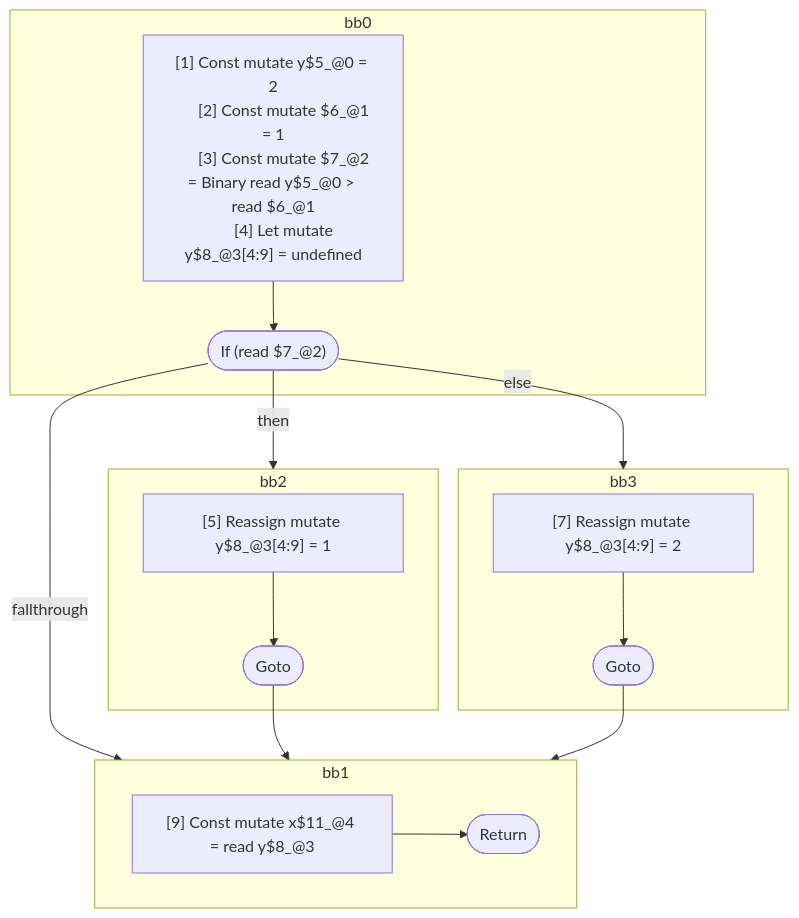
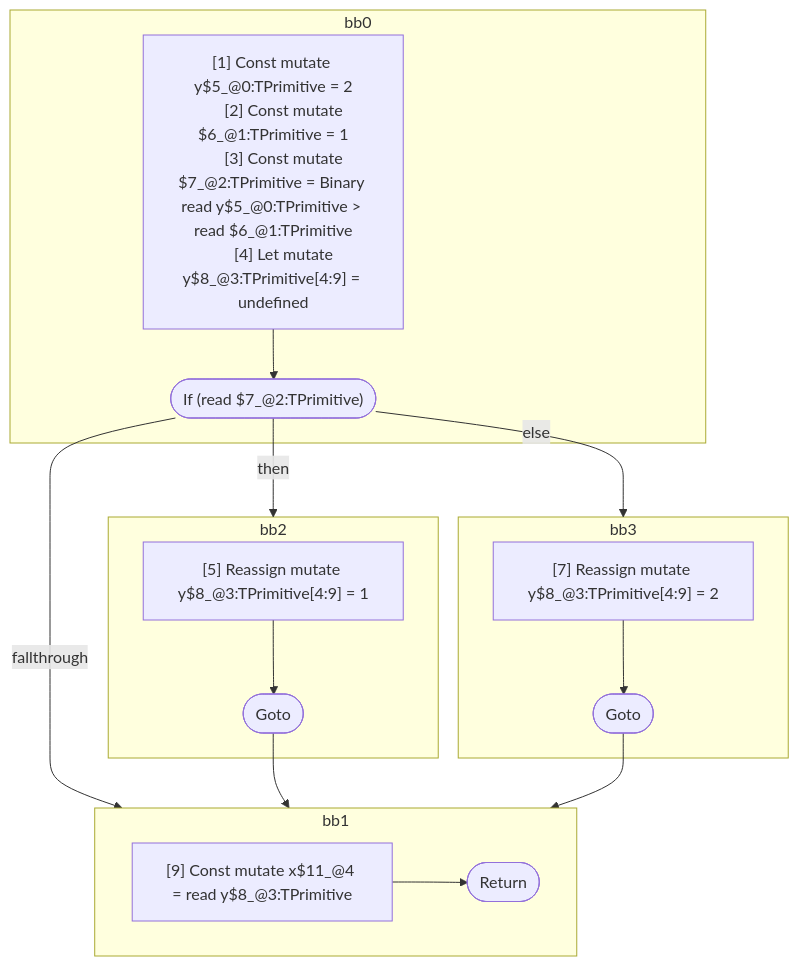
Before and after one commit to wutsmog/private: the diagram in compiler/forget/src/__tests__/fixtures/hir/ssa-simple-phi.expect.md, drawn with Mermaid. The commit also changed other lines of this file and 112 other files, not shown here.

````diff
--- a/compiler/forget/src/__tests__/fixtures/hir/ssa-simple-phi.expect.md
+++ b/compiler/forget/src/__tests__/fixtures/hir/ssa-simple-phi.expect.md
@@ -73,39 +73,39 @@
 ```mermaid
 flowchart TB
   %% Basic Blocks
   subgraph bb0
     bb0_instrs["
-      [1] Const mutate y$5_@0 = 2
-      [2] Const mutate $6_@1 = 1
-      [3] Const mutate $7_@2 = Binary read y$5_@0 > read $6_@1
-      [4] Let mutate y$8_@3[4:9] = undefined
+      [1] Const mutate y$5_@0:TPrimitive = 2
+      [2] Const mutate $6_@1:TPrimitive = 1
+      [3] Const mutate $7_@2:TPrimitive = Binary read y$5_@0:TPrimitive > read $6_@1:TPrimitive
+      [4] Let mutate y$8_@3:TPrimitive[4:9] = undefined
     "]
-    bb0_instrs --> bb0_terminal(["If (read $7_@2)"])
+    bb0_instrs --> bb0_terminal(["If (read $7_@2:TPrimitive)"])
   end
   subgraph bb2
     bb2_instrs["
-      [5] Reassign mutate y$8_@3[4:9] = 1
+      [5] Reassign mutate y$8_@3:TPrimitive[4:9] = 1
     "]
     bb2_instrs --> bb2_terminal(["Goto"])
   end
   subgraph bb3
     bb3_instrs["
-      [7] Reassign mutate y$8_@3[4:9] = 2
+      [7] Reassign mutate y$8_@3:TPrimitive[4:9] = 2
     "]
     bb3_instrs --> bb3_terminal(["Goto"])
   end
   subgraph bb1
     bb1_instrs["
-      [9] Const mutate x$11_@4 = read y$8_@3
+      [9] Const mutate x$11_@4 = read y$8_@3:TPrimitive
     "]
     bb1_instrs --> bb1_terminal(["Return"])
   end
 
   %% Jumps
   bb0_terminal -- "then" --> bb2
   bb0_terminal -- "else" --> bb3
   bb0_terminal -- "fallthrough" --> bb1
   bb2_terminal --> bb1
   bb3_terminal --> bb1
 
 ```
````
